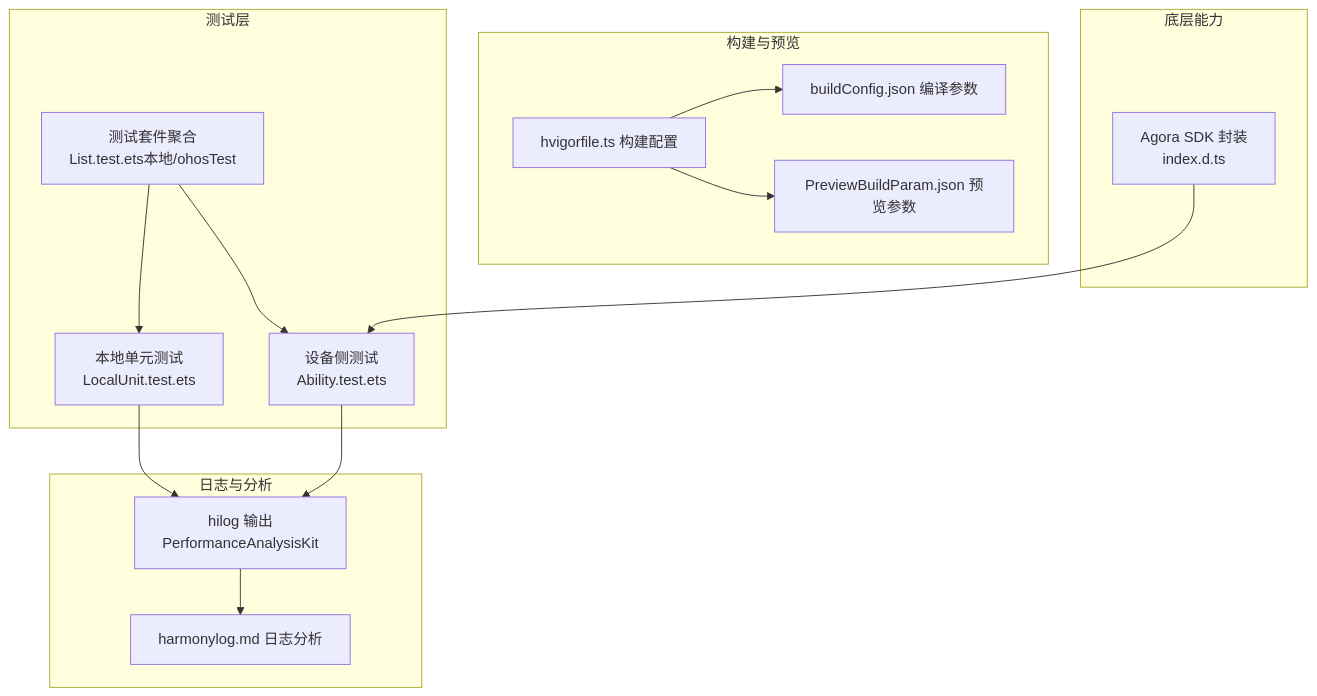
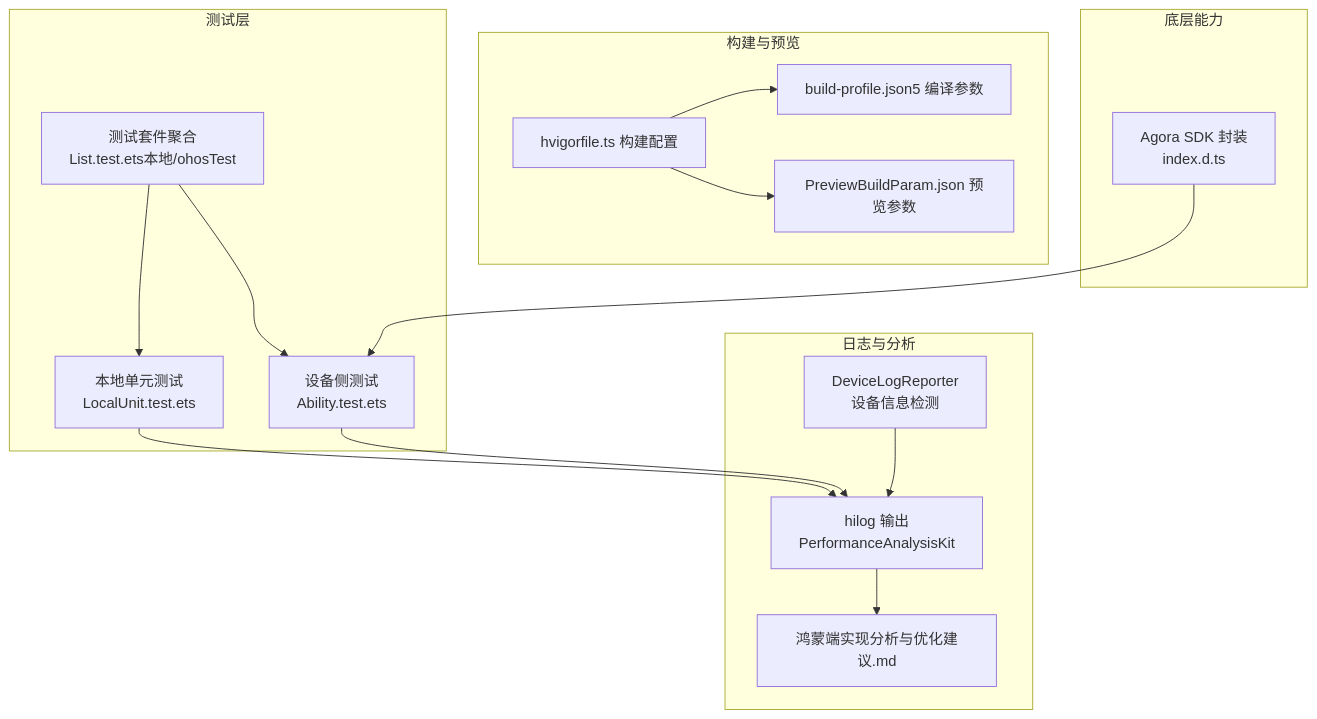
The second of 7 diagrams in .qoder/repowiki/zh/content/测试与调试.md (huz1xuan/harmony_XDY), drawn with Mermaid before and after one commit. The commit also changed other lines of this file and 15 other files, not shown here.

````diff
--- a/.qoder/repowiki/zh/content/测试与调试.md
+++ b/.qoder/repowiki/zh/content/测试与调试.md
@@ -77,28 +89,30 @@
 ```mermaid
 graph TB
 subgraph "测试层"
 T1["本地单元测试<br/>LocalUnit.test.ets"]
 T2["设备侧测试<br/>Ability.test.ets"]
 TS["测试套件聚合<br/>List.test.ets本地/ohosTest"]
 end
 subgraph "日志与分析"
 L["hilog 输出<br/>PerformanceAnalysisKit"]
-LOG["harmonylog.md 日志分析"]
+DLR["DeviceLogReporter<br/>设备信息检测"]
+LOG["鸿蒙端实现分析与优化建议.md"]
 end
 subgraph "构建与预览"
 HV["hvigorfile.ts 构建配置"]
-BC["buildConfig.json 编译参数"]
+BC["build-profile.json5 编译参数"]
 PP["PreviewBuildParam.json 预览参数"]
 end
 subgraph "底层能力"
 AG["Agora SDK 封装<br/>index.d.ts"]
 end
 T1 --> L
 T2 --> L
 TS --> T1
 TS --> T2
 L --> LOG
+DLR --> L
 HV --> BC
 HV --> PP
 AG --> T2
 ```
````
